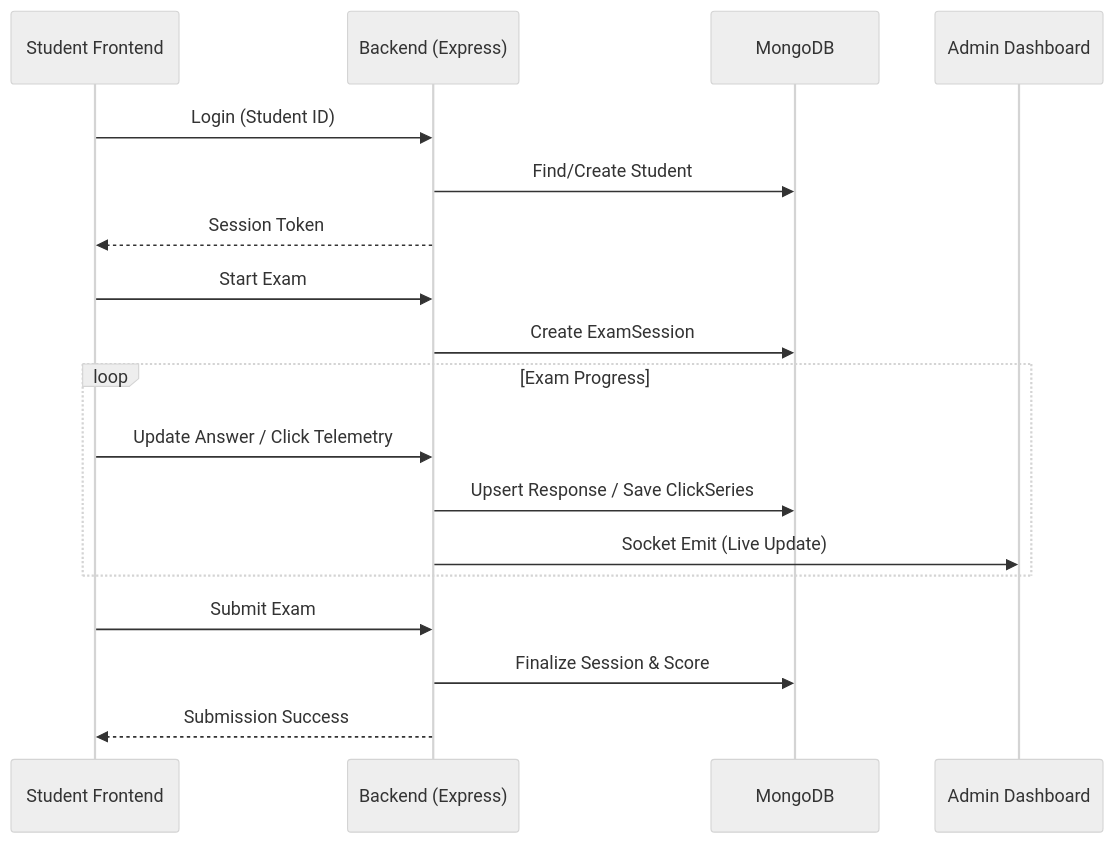
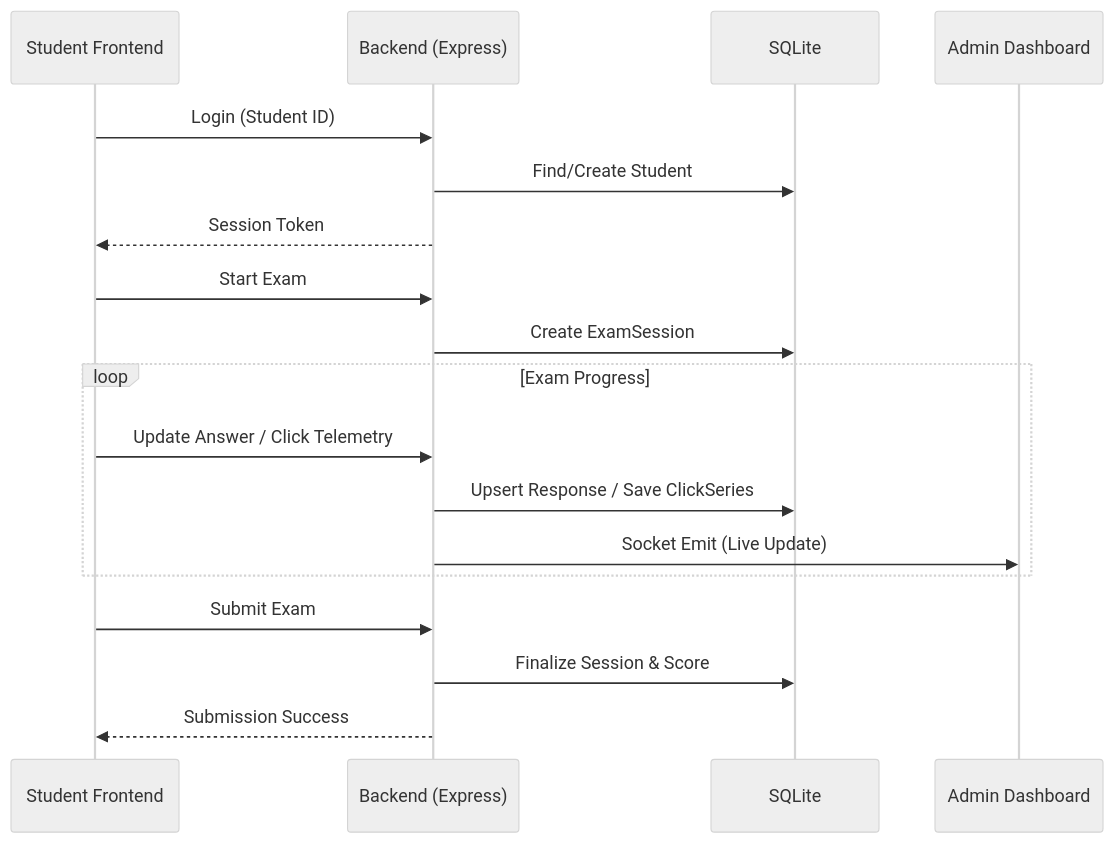
Before and after one commit to CognitoMark/CognitoMark_Backend: the diagram in README.md, drawn with Mermaid (neutral theme). The commit also changed other lines of this file and 28 other files, not shown here.

````diff
--- a/README.md
+++ b/README.md
@@ -31,21 +31,21 @@
 ```mermaid
 sequenceDiagram
     participant S as Student Frontend
     participant B as Backend (Express)
-    participant D as MongoDB
+    participant D as SQLite
     participant A as Admin Dashboard
 
     S->>B: Login (Student ID)
     B->>D: Find/Create Student
     B-->>S: Session Token
     S->>B: Start Exam
     B->>D: Create ExamSession
     loop Exam Progress
         S->>B: Update Answer / Click Telemetry
         B->>D: Upsert Response / Save ClickSeries
         B->>A: Socket Emit (Live Update)
     end
     S->>B: Submit Exam
     B->>D: Finalize Session & Score
     B-->>S: Submission Success
 ```
````
